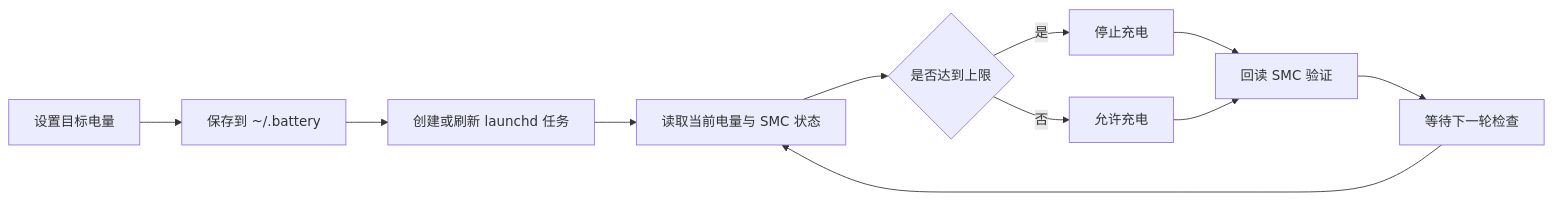
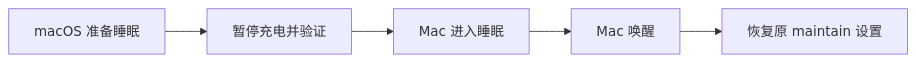
The second of 2 diagrams in README.md (tianwuziyan/battery), drawn with Mermaid before and after one commit. The commit also changed other lines of this file, not shown here.

````diff
--- a/README.md
+++ b/README.md
@@ -167,13 +258,7 @@
 ```mermaid
 flowchart LR
-    SET["设置目标电量"] --> SAVE["保存到 ~/.battery"]
-    SAVE --> LOAD["创建或刷新 launchd 任务"]
-    LOAD --> READ["读取当前电量与 SMC 状态"]
-    READ --> DECIDE{"是否达到上限"}
-    DECIDE -->|"是"| OFF["停止充电"]
-    DECIDE -->|"否"| ON["允许充电"]
-    OFF --> VERIFY["回读 SMC 验证"]
-    ON --> VERIFY
-    VERIFY --> WAIT["等待下一轮检查"]
-    WAIT --> READ
+    A["macOS 准备睡眠"] --> B["暂停充电并验证"]
+    B --> C["Mac 进入睡眠"]
+    C --> D["Mac 唤醒"]
+    D --> E["恢复原 maintain 设置"]
 ```
````
